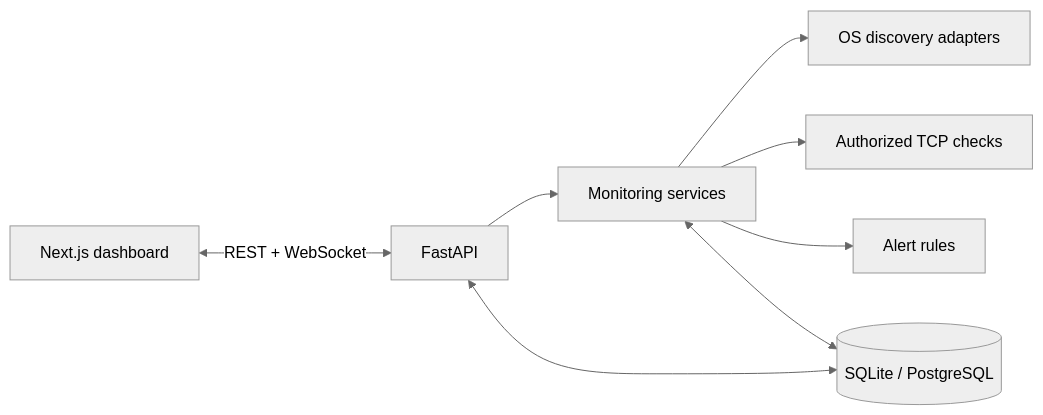
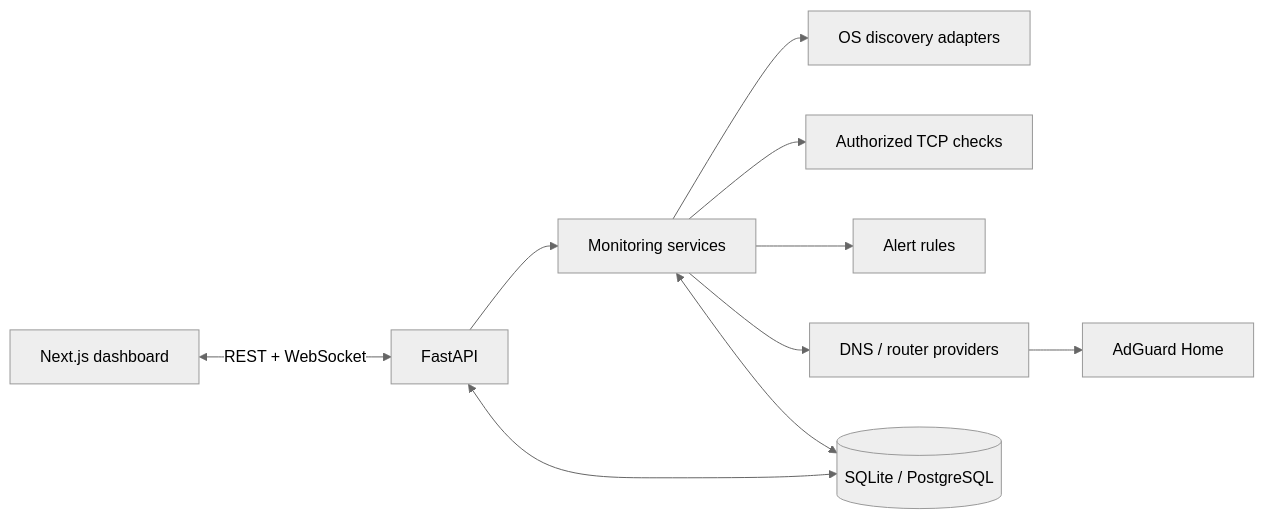
Before and after one commit to DinisIvanetsD/netwatch: the diagram in README.md, drawn with Mermaid (neutral theme). The commit also changed other lines of this file and 48 other files, not shown here.

````diff
--- a/README.md
+++ b/README.md
@@ -36,10 +39,12 @@
 ```mermaid
 flowchart LR
     UI[Next.js dashboard] <-->|REST + WebSocket| API[FastAPI]
     API --> Services[Monitoring services]
     Services --> Discovery[OS discovery adapters]
     Services --> Scanner[Authorized TCP checks]
     Services --> Alerts[Alert rules]
+    Services --> Providers[DNS / router providers]
+    Providers --> AdGuard[AdGuard Home]
     API <--> DB[(SQLite / PostgreSQL)]
     Services <--> DB
 ```
````
